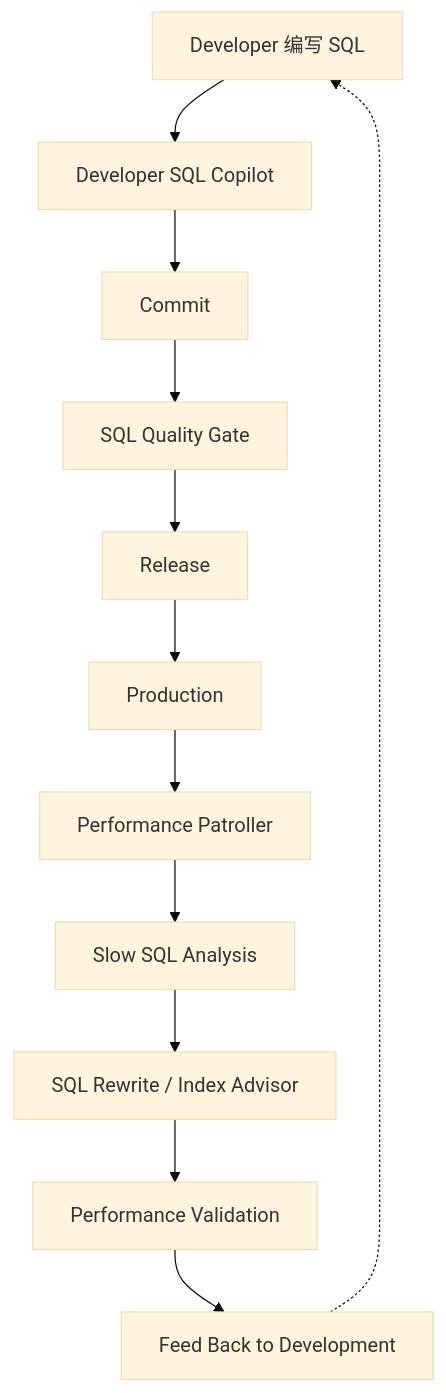
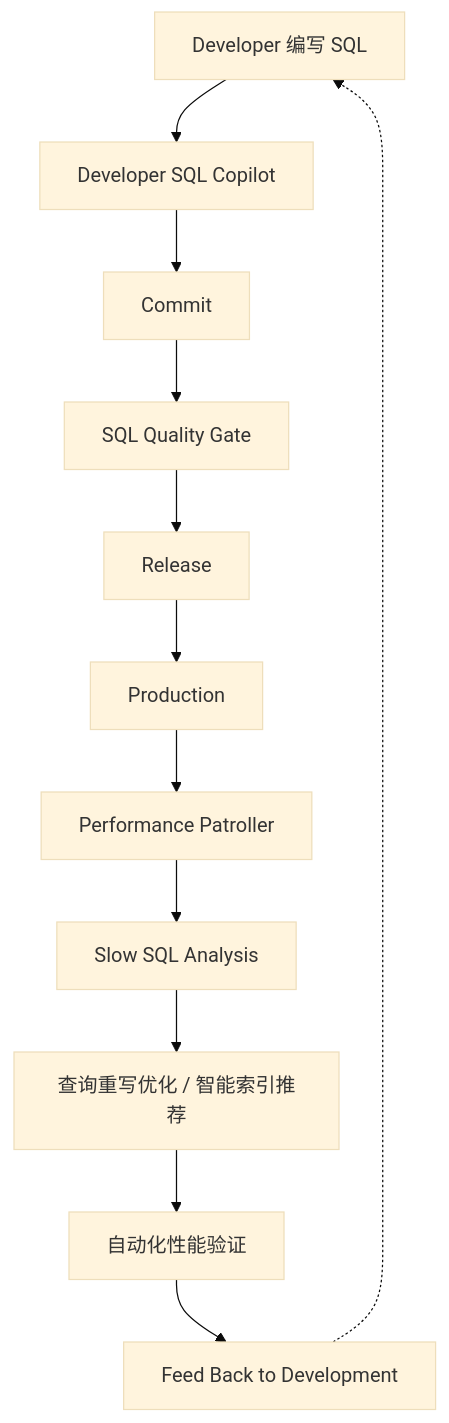
One commit to PawSQL/pawsql-docs-mantlify changed diagram 11 of 11 in docs/use-cases/index.mdx. Above: the diagram before and after it, drawn with Mermaid (base theme). The commit also changed other lines of this file and 143 other files, not shown here.

````diff
--- a/docs/use-cases/index.mdx
+++ b/docs/use-cases/index.mdx
@@ -214,14 +214,14 @@
 ```mermaid
 flowchart TD
     A[Developer 编写 SQL] --> B[Developer SQL Copilot]
     B --> C[Commit]
     C --> D[SQL Quality Gate]
     D --> E[Release]
     E --> F[Production]
     F --> G[Performance Patroller]
     G --> H[Slow SQL Analysis]
-    H --> I[SQL Rewrite / Index Advisor]
-    I --> J[Performance Validation]
+    H --> I[查询重写优化 / 智能索引推荐]
+    I --> J[自动化性能验证]
     J --> K[Feed Back to Development]
     K -.-> A
 ```
````
